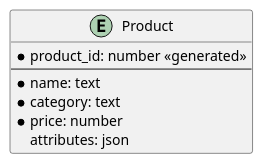
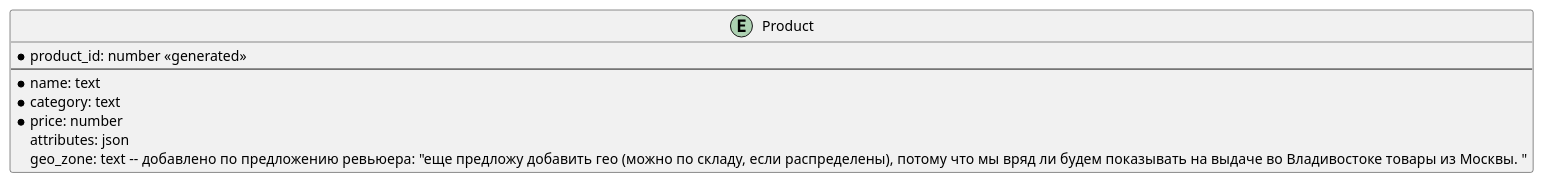
One commit to mikenina/architecture-pro-black_friday changed the second of 5 diagrams in Task7-10/7_ADR.md. Above: the diagram before and after it, drawn with PlantUML. The commit also changed other lines of this file, not shown here.

Commit message:
code review fix

````diff
--- a/Task7-10/7_ADR.md
+++ b/Task7-10/7_ADR.md
@@ -54,10 +54,11 @@
 ```puml
 entity Product {
     * product_id: number <<generated>>
     --
     * name: text
     * category: text
     * price: number
     attributes: json
+    geo_zone: text -- добавлено по предложению ревьюера: "еще предложу добавить гео (можно по складу, если распределены), потому что мы вряд ли будем показывать на выдаче во Владивостоке товары из Москвы. " 
 }
 ```
````
